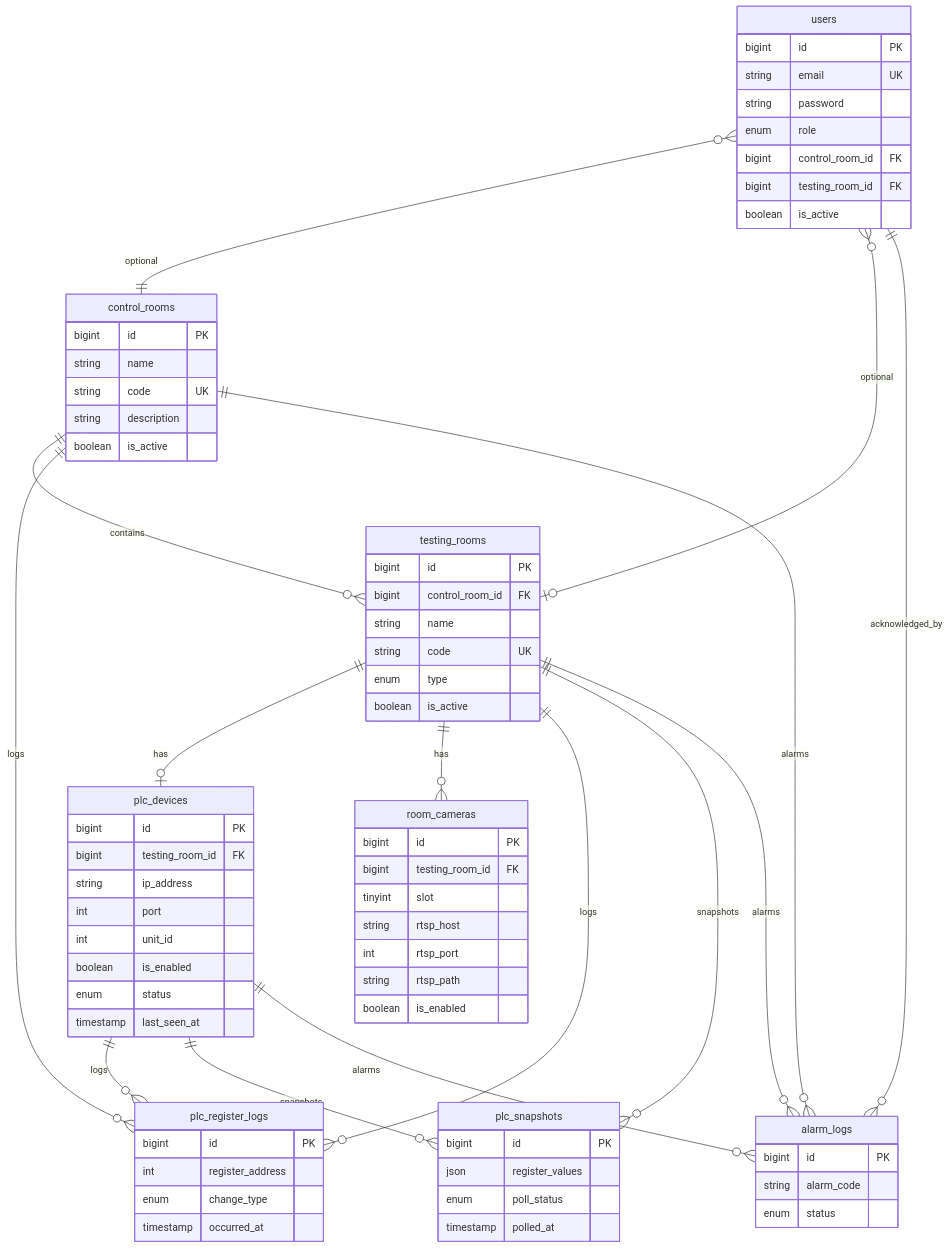
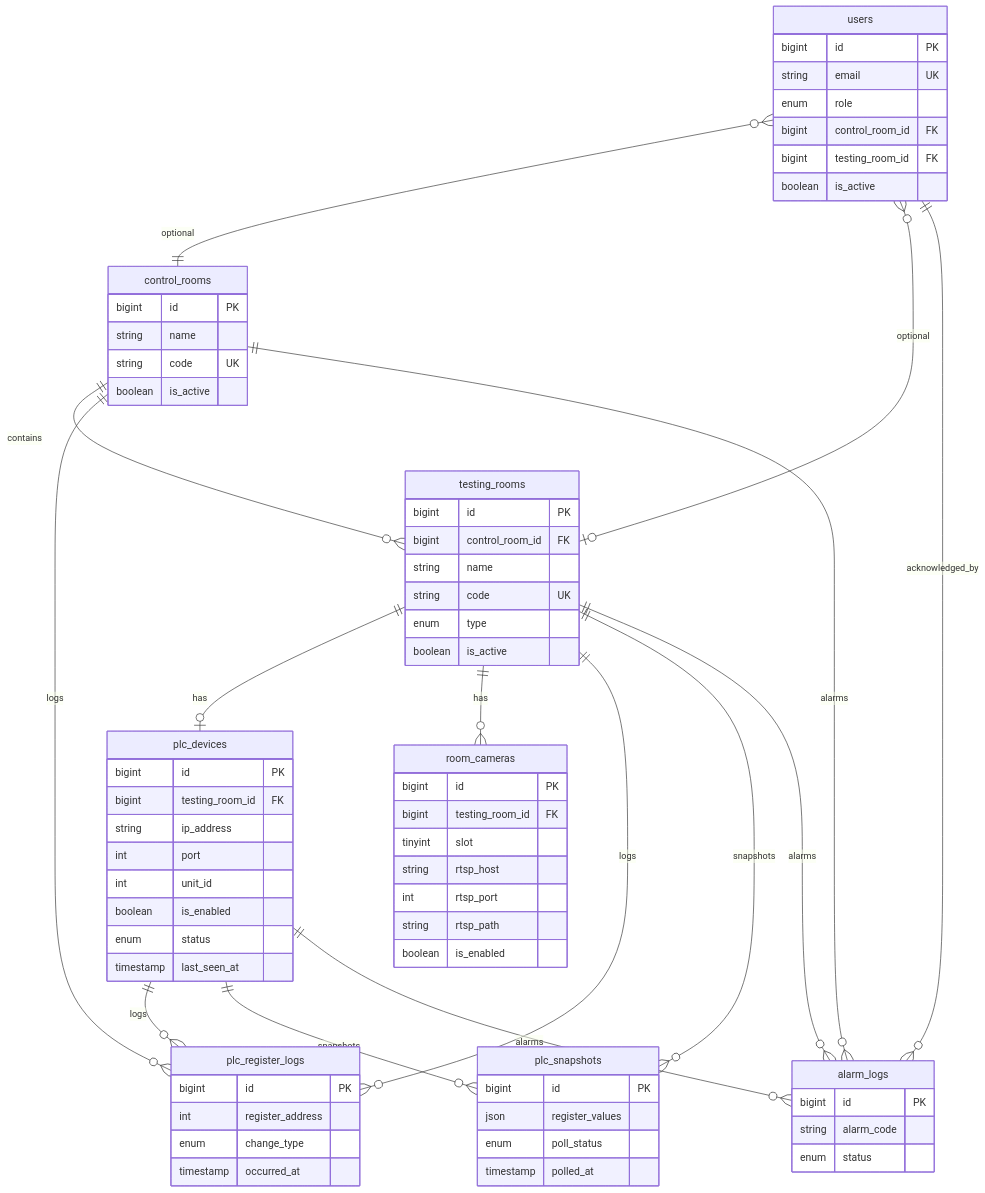
The fourth of 4 diagrams in docs/SISTEM_CARA_KERJA_DAN_INDEKS_FILE.md (Maksum885/dashboard_spm), drawn with Mermaid before and after one commit. The commit also changed other lines of this file and 46 other files, not shown here.

````diff
--- a/docs/SISTEM_CARA_KERJA_DAN_INDEKS_FILE.md
+++ b/docs/SISTEM_CARA_KERJA_DAN_INDEKS_FILE.md
@@ -241,78 +233,76 @@
 ```mermaid
 erDiagram
   control_rooms ||--o{ testing_rooms : contains
   testing_rooms ||--o| plc_devices : has
   testing_rooms ||--o{ room_cameras : has
   users }o--|| control_rooms : optional
   users }o--o| testing_rooms : optional
   plc_devices ||--o{ plc_register_logs : logs
   testing_rooms ||--o{ plc_register_logs : logs
   control_rooms ||--o{ plc_register_logs : logs
   plc_devices ||--o{ plc_snapshots : snapshots
   testing_rooms ||--o{ plc_snapshots : snapshots
   plc_devices ||--o{ alarm_logs : alarms
   testing_rooms ||--o{ alarm_logs : alarms
   control_rooms ||--o{ alarm_logs : alarms
   users ||--o{ alarm_logs : acknowledged_by
 
   control_rooms {
     bigint id PK
     string name
     string code UK
-    string description
     boolean is_active
   }
   testing_rooms {
     bigint id PK
     bigint control_room_id FK
     string name
     string code UK
     enum type
     boolean is_active
   }
   plc_devices {
     bigint id PK
     bigint testing_room_id FK
     string ip_address
     int port
     int unit_id
     boolean is_enabled
     enum status
     timestamp last_seen_at
   }
   room_cameras {
     bigint id PK
     bigint testing_room_id FK
     tinyint slot
     string rtsp_host
     int rtsp_port
     string rtsp_path
     boolean is_enabled
   }
   users {
     bigint id PK
     string email UK
-    string password
     enum role
     bigint control_room_id FK
     bigint testing_room_id FK
     boolean is_active
   }
   alarm_logs {
     bigint id PK
     string alarm_code
     enum status
   }
   plc_register_logs {
     bigint id PK
     int register_address
     enum change_type
     timestamp occurred_at
   }
   plc_snapshots {
     bigint id PK
     json register_values
     enum poll_status
     timestamp polled_at
   }
 ```
````
